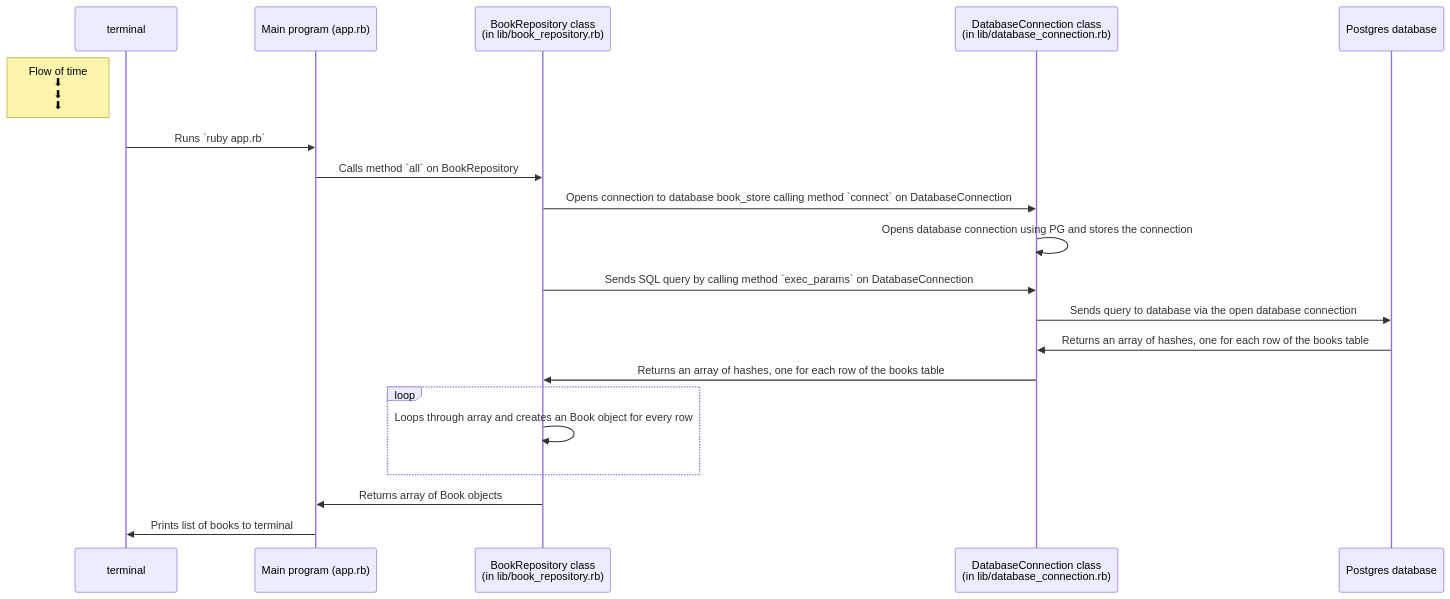
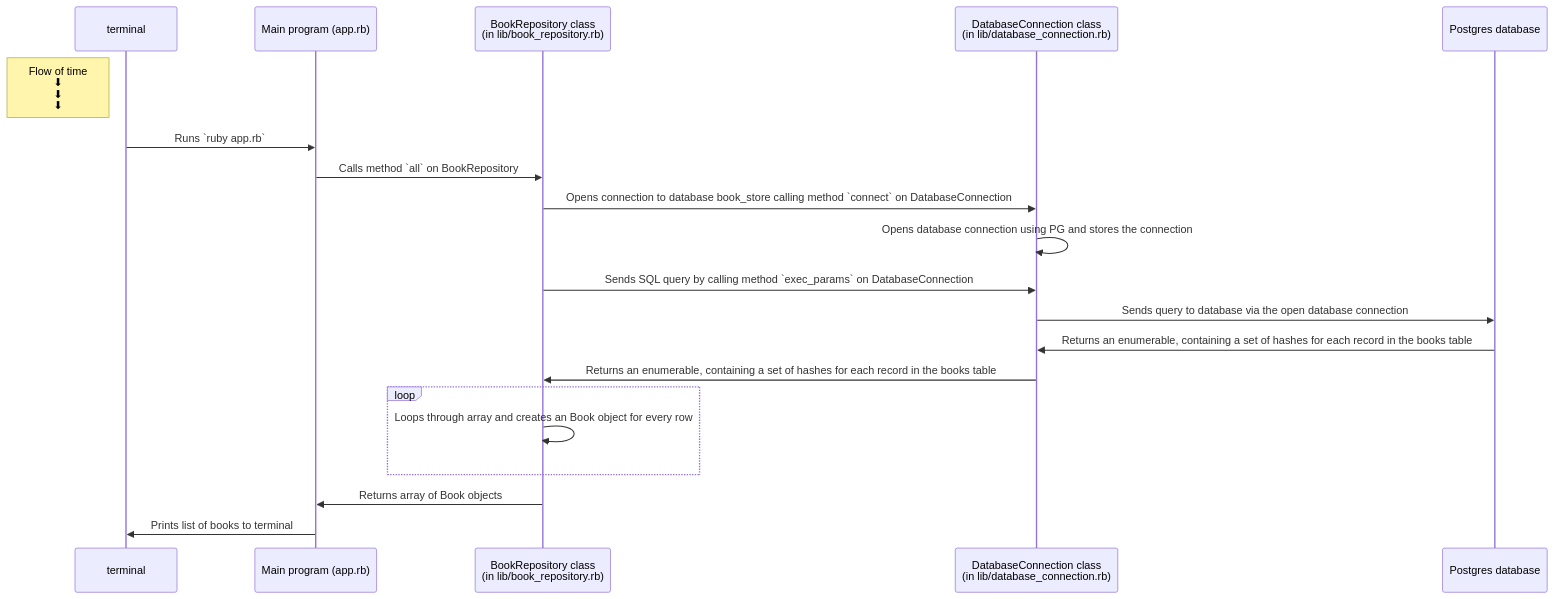
The diagram in spec/sequence_diagram.md (murat-zsertay/murat_book_store), drawn with Mermaid before and after one commit.

Commit message:
sequence_diagram_changes

````diff
--- a/spec/sequence_diagram.md
+++ b/spec/sequence_diagram.md
@@ -1,30 +1,30 @@
 ```mermaid 
 %%{init: { 'theme':'dark',"sequence": {
       "mirrorActors": true,
       "wrap": true
       "actorFontSize":16
     } } }%%
 sequenceDiagram
 
 participant t as terminal
     participant app as Main program (app.rb)
     participant br as BookRepository class <br /> (in lib/book_repository.rb)
     participant db_conn as DatabaseConnection class <br /> (in lib/database_connection.rb)
     participant db as Postgres database
 
     Note left of t: Flow of time <br />⬇ <br /> ⬇ <br /> ⬇ 
 
     t->>app: Runs `ruby app.rb`
     app->>br: Calls method `all` on BookRepository
     br->>db_conn: Opens connection to database book_store calling method `connect` on DatabaseConnection 
     db_conn->>db_conn: Opens database connection using PG and stores the connection 
     br->>db_conn: Sends SQL query by calling method `exec_params` on DatabaseConnection
     db_conn->>db: Sends query to database via the open database connection
-    db->>db_conn: Returns an array of hashes, one for each row of the books table
-    db_conn->>br: Returns an array of hashes, one for each row of the books table
+    db->>db_conn: Returns an enumerable, containing a set of hashes for each record in the books table
+    db_conn->>br: Returns an enumerable, containing a set of hashes for each record in the books table
     loop 
         br->>br: Loops through array and creates an Book object for every row
     end
     br->>app: Returns array of Book objects
     app->>t: Prints list of books to terminal
 ```
````
